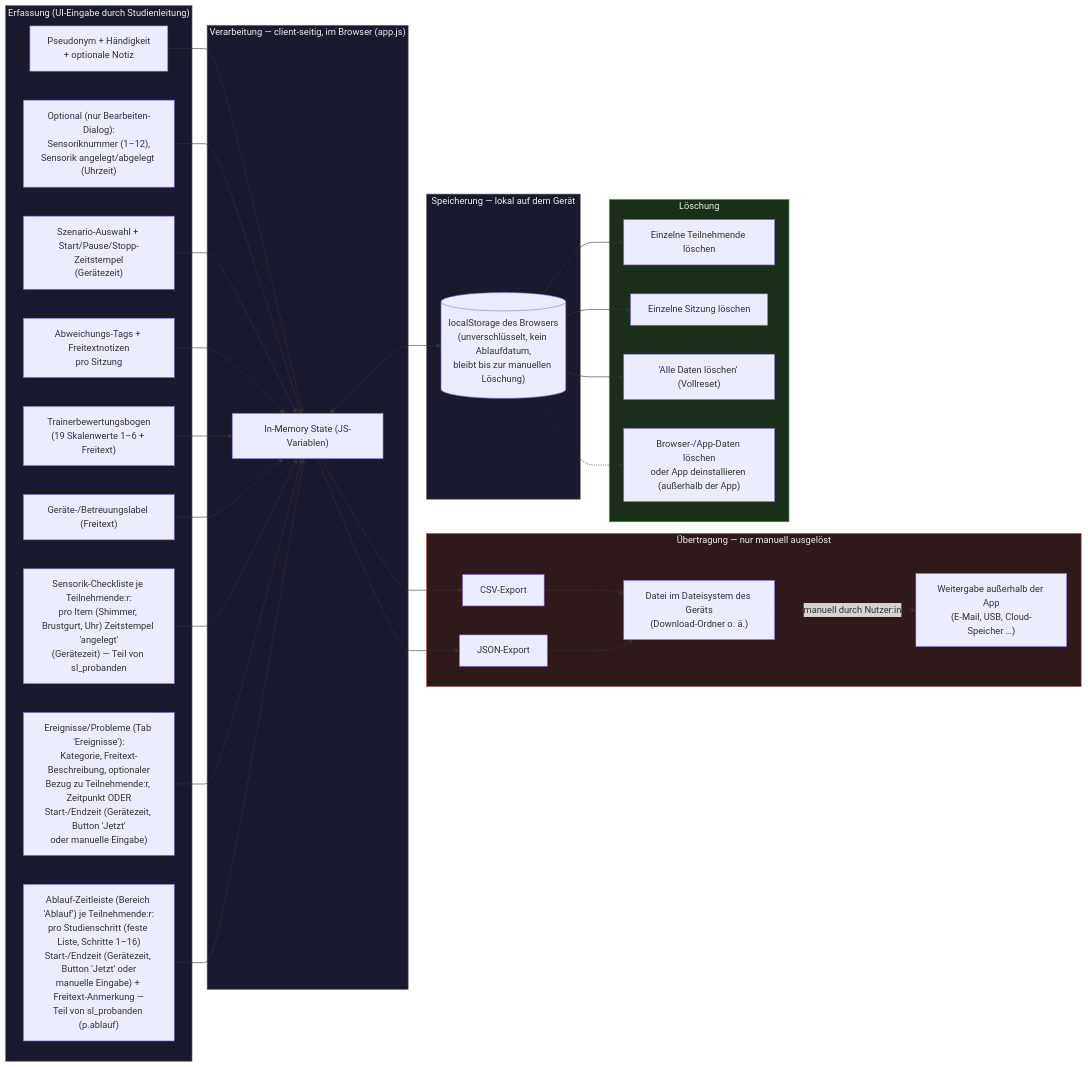
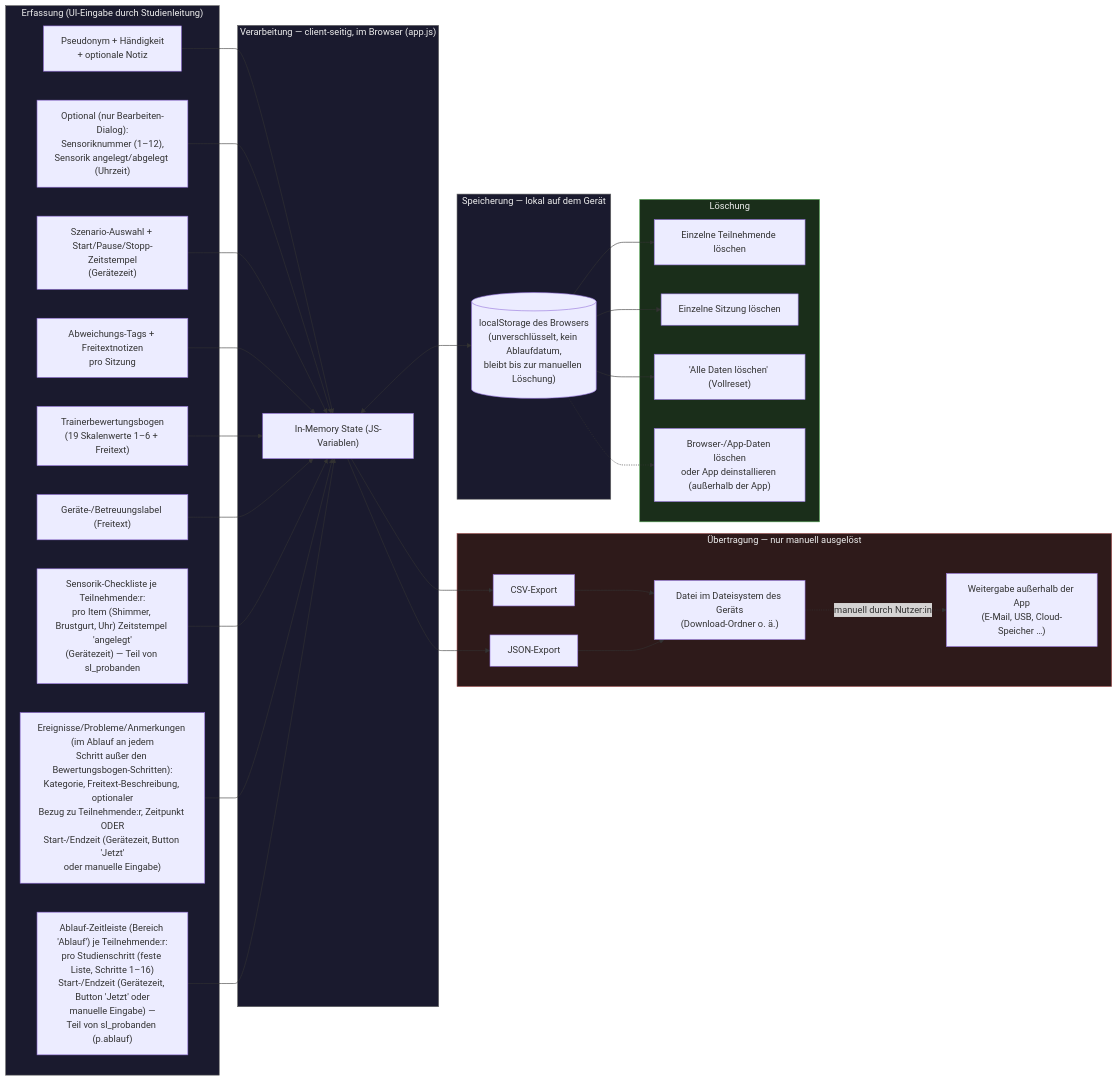
Before and after one commit to MStem911/StudyLog-mextPro: the diagram in docs/DATENFLUSS.md, drawn with Mermaid. The commit also changed other lines of this file and 7 other files, not shown here.

````diff
--- a/docs/DATENFLUSS.md
+++ b/docs/DATENFLUSS.md
@@ -27,53 +27,53 @@
 ```mermaid
 flowchart LR
     subgraph Input["Erfassung (UI-Eingabe durch Studienleitung)"]
         I1["Pseudonym + Händigkeit<br/>+ optionale Notiz"]
         I2["Optional (nur Bearbeiten-Dialog):<br/>Sensoriknummer (1–12),<br/>Sensorik angelegt/abgelegt (Uhrzeit)"]
         I3["Szenario-Auswahl + Start/Pause/Stopp-Zeitstempel<br/>(Gerätezeit)"]
         I4["Abweichungs-Tags + Freitextnotizen<br/>pro Sitzung"]
         I5["Trainerbewertungsbogen<br/>(19 Skalenwerte 1–6 + Freitext)"]
         I6["Geräte-/Betreuungslabel (Freitext)"]
         I7["Sensorik-Checkliste je Teilnehmende:r:<br/>pro Item (Shimmer, Brustgurt, Uhr) Zeitstempel 'angelegt'<br/>(Gerätezeit) — Teil von sl_probanden"]
-        I8["Ereignisse/Probleme (Tab 'Ereignisse'):<br/>Kategorie, Freitext-Beschreibung, optionaler<br/>Bezug zu Teilnehmende:r, Zeitpunkt ODER<br/>Start-/Endzeit (Gerätezeit, Button 'Jetzt'<br/>oder manuelle Eingabe)"]
-        I9["Ablauf-Zeitleiste (Bereich 'Ablauf') je Teilnehmende:r:<br/>pro Studienschritt (feste Liste, Schritte 1–16)<br/>Start-/Endzeit (Gerätezeit, Button 'Jetzt' oder<br/>manuelle Eingabe) + Freitext-Anmerkung —<br/>Teil von sl_probanden (p.ablauf)"]
+        I8["Ereignisse/Probleme/Anmerkungen (im Ablauf an jedem<br/>Schritt außer den Bewertungsbogen-Schritten):<br/>Kategorie, Freitext-Beschreibung, optionaler<br/>Bezug zu Teilnehmende:r, Zeitpunkt ODER<br/>Start-/Endzeit (Gerätezeit, Button 'Jetzt'<br/>oder manuelle Eingabe)"]
+        I9["Ablauf-Zeitleiste (Bereich 'Ablauf') je Teilnehmende:r:<br/>pro Studienschritt (feste Liste, Schritte 1–16)<br/>Start-/Endzeit (Gerätezeit, Button 'Jetzt' oder<br/>manuelle Eingabe) —<br/>Teil von sl_probanden (p.ablauf)"]
     end
 
     subgraph Process["Verarbeitung — client-seitig, im Browser (app.js)"]
         P1["In-Memory State (JS-Variablen)"]
     end
 
     subgraph Storage["Speicherung — lokal auf dem Gerät"]
         S1[("localStorage des Browsers<br/>(unverschlüsselt, kein Ablaufdatum,<br/>bleibt bis zur manuellen Löschung)")]
     end
 
     subgraph Transfer["Übertragung — nur manuell ausgelöst"]
         T1["CSV-Export"]
         T2["JSON-Export"]
         T3["Datei im Dateisystem des Geräts<br/>(Download-Ordner o. ä.)"]
         T4["Weitergabe außerhalb der App<br/>(E-Mail, USB, Cloud-Speicher …)"]
     end
 
     subgraph Delete["Löschung"]
         D1["Einzelne Teilnehmende löschen"]
         D2["Einzelne Sitzung löschen"]
         D3["'Alle Daten löschen' (Vollreset)"]
         D4["Browser-/App-Daten löschen<br/>oder App deinstallieren (außerhalb der App)"]
     end
 
     I1 & I2 & I3 & I4 & I5 & I6 & I7 & I8 & I9 --> P1
     P1 <--> S1
     P1 --> T1 --> T3
     P1 --> T2 --> T3
     T3 -.manuell durch Nutzer:in.-> T4
 
     S1 --> D1
     S1 --> D2
     S1 --> D3
     S1 -.-> D4
 
     style Input fill:#1a1a2e,stroke:#666,color:#eee
     style Process fill:#1a1a2e,stroke:#666,color:#eee
     style Storage fill:#1a1a2e,stroke:#666,color:#eee
     style Transfer fill:#2e1a1a,stroke:#a55,color:#eee
     style Delete fill:#1a2e1a,stroke:#5a5,color:#eee
 ```
````
